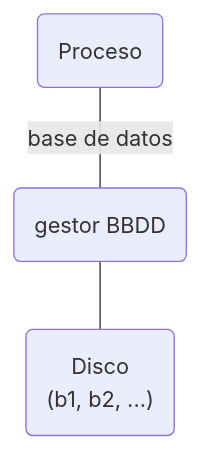
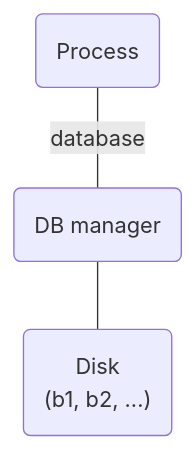
Before and after one commit to acaldero/uc3m_ds: the fifth of 5 diagrams in materials/topic-dfs/dfs.md, drawn with Mermaid. The commit also changed other lines of this file, not shown here.

````diff
--- a/materials/topic-dfs/dfs.md
+++ b/materials/topic-dfs/dfs.md
@@ -65,5 +65,5 @@
   ```mermaid
   flowchart TD
-  A(Proceso)---|"base de datos"|B("gestor BBDD")
-  B --- C("Disco<br>(b1, b2, ...)")
+  A(Process)---|"database"|B("DB manager")
+  B --- C("Disk<br>(b1, b2, ...)")
   ```
````
